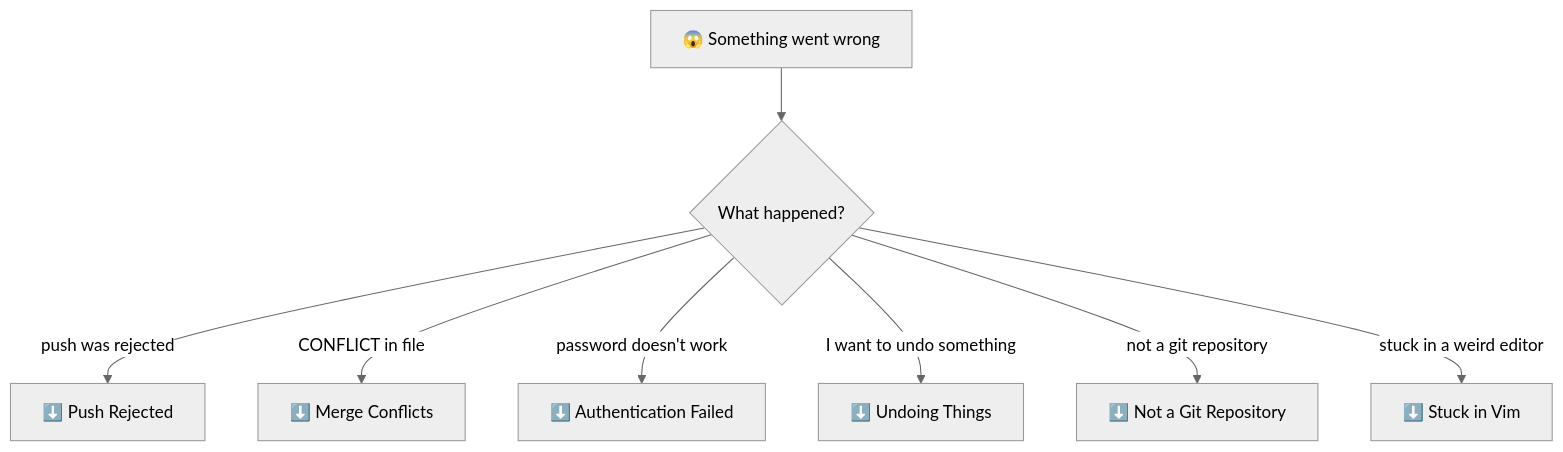
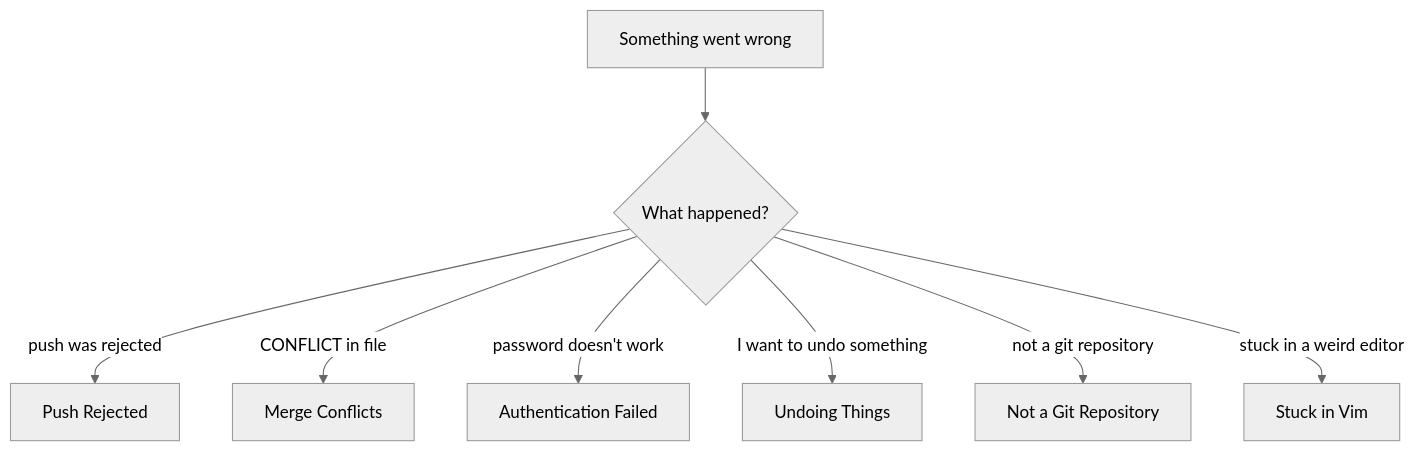
Before and after one commit to anasp07-hue/Github-Guide: the first of 2 diagrams in info-vault/06-fixing-common-problems.md, drawn with Mermaid (neutral theme). The commit also changed other lines of this file and 7 other files, not shown here.

````diff
--- a/info-vault/06-fixing-common-problems.md
+++ b/info-vault/06-fixing-common-problems.md
@@ -15,10 +15,10 @@
 ```mermaid
 flowchart TD
-    S["😱 Something went wrong"] --> Q1{"What happened?"}
-    Q1 -- "push was rejected" --> P1["⬇️ Push Rejected"]
-    Q1 -- "CONFLICT in file" --> P2["⬇️ Merge Conflicts"]
-    Q1 -- "password doesn't work" --> P3["⬇️ Authentication Failed"]
-    Q1 -- "I want to undo something" --> P4["⬇️ Undoing Things"]
-    Q1 -- "not a git repository" --> P5["⬇️ Not a Git Repository"]
-    Q1 -- "stuck in a weird editor" --> P6["⬇️ Stuck in Vim"]
+    S["Something went wrong"] --> Q1{"What happened?"}
+    Q1 -- "push was rejected" --> P1["Push Rejected"]
+    Q1 -- "CONFLICT in file" --> P2["Merge Conflicts"]
+    Q1 -- "password doesn't work" --> P3["Authentication Failed"]
+    Q1 -- "I want to undo something" --> P4["Undoing Things"]
+    Q1 -- "not a git repository" --> P5["Not a Git Repository"]
+    Q1 -- "stuck in a weird editor" --> P6["Stuck in Vim"]
 ```
````
